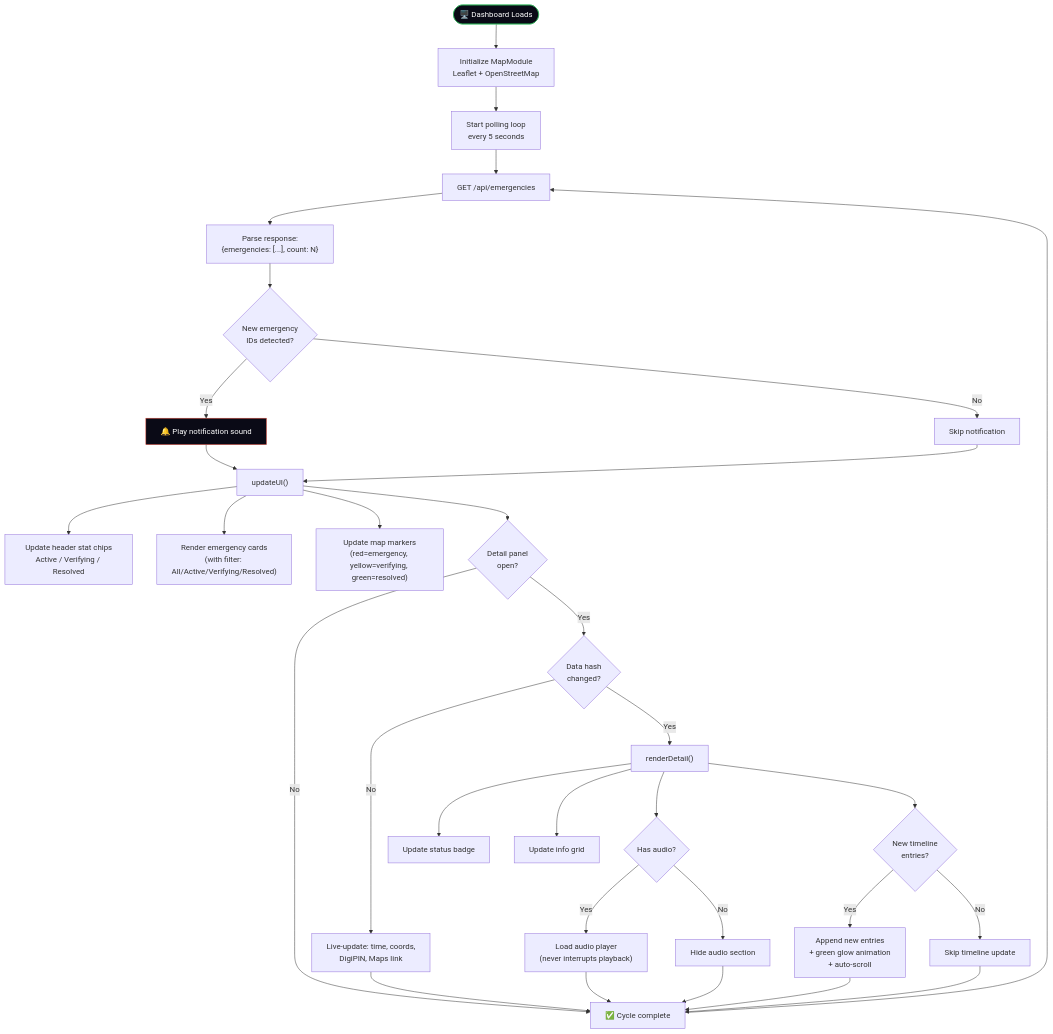
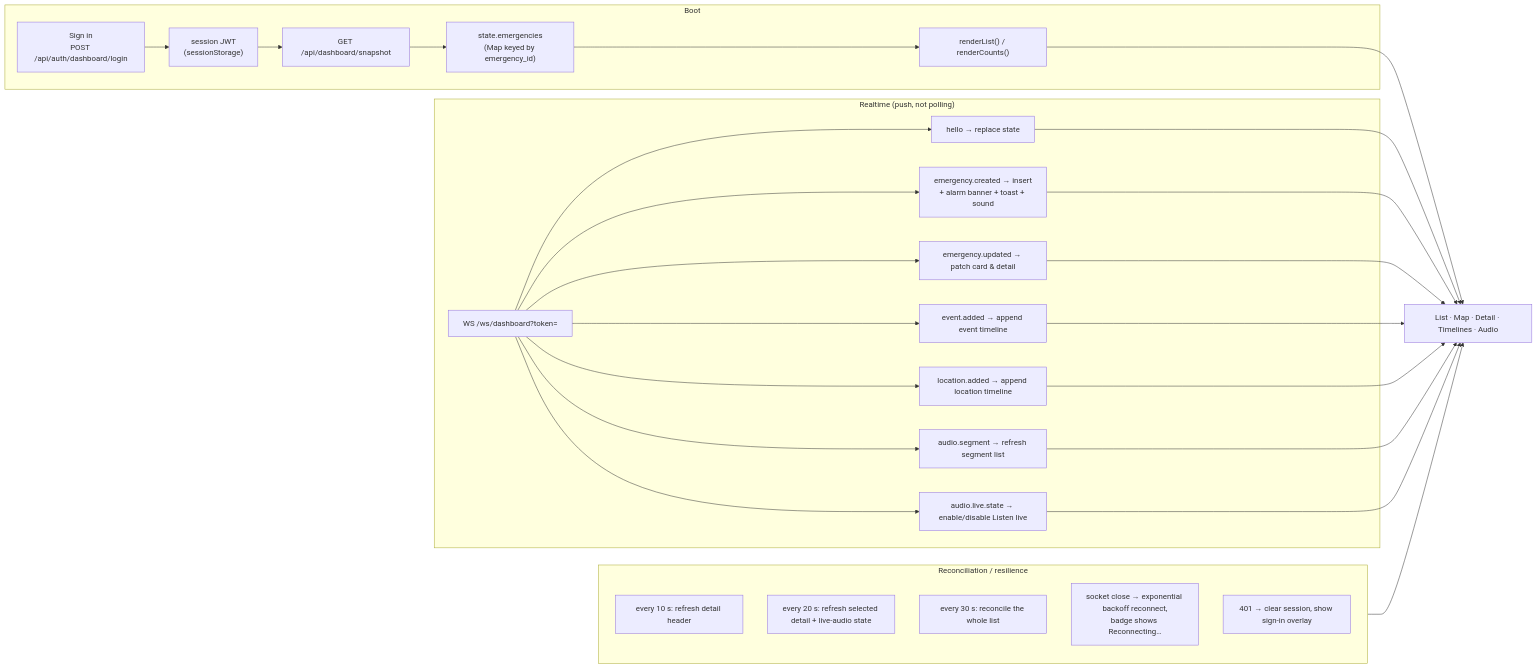
One commit to Ved2151H/zeroUi changed the tenth of 18 diagrams in DIAGRAMS.md. Above: the diagram before and after it, drawn with Mermaid. The commit also changed other lines of this file and 111 other files, not shown here.

````diff
--- a/DIAGRAMS.md
+++ b/DIAGRAMS.md
@@ -276,39 +433,37 @@
 ```mermaid
-flowchart TD
-    BOOT(["🖥️ Dashboard Loads"]) --> INIT["Initialize MapModule<br>Leaflet + OpenStreetMap"]
-    INIT --> POLL_START["Start polling loop<br>every 5 seconds"]
-    POLL_START --> FETCH["GET /api/emergencies"]
-    FETCH --> DATA["Parse response:<br>{emergencies: [...], count: N}"]
-    DATA --> NEW_CHECK{"New emergency<br>IDs detected?"}
-    NEW_CHECK -->|Yes| NOTIFY["🔔 Play notification sound"]
-    NEW_CHECK -->|No| SKIP_NOTIFY["Skip notification"]
-    NOTIFY --> UPDATE
-    SKIP_NOTIFY --> UPDATE
+flowchart LR
+    subgraph BOOT["Boot"]
+        L["Sign in<br>POST /api/auth/dashboard/login"] --> T["session JWT<br>(sessionStorage)"]
+        T --> S["GET /api/dashboard/snapshot"]
+        S --> ST["state.emergencies<br>(Map keyed by emergency_id)"]
+        ST --> REN["renderList() / renderCounts()"]
+    end
 
-    UPDATE["updateUI()"]
-    UPDATE --> COUNTS["Update header stat chips<br>Active / Verifying / Resolved"]
-    UPDATE --> CARDS["Render emergency cards<br>(with filter: All/Active/Verifying/Resolved)"]
-    UPDATE --> MARKERS["Update map markers<br>(red=emergency, yellow=verifying, green=resolved)"]
-    UPDATE --> DETAIL_CHECK{"Detail panel<br>open?"}
-    DETAIL_CHECK -->|No| DONE["✅ Cycle complete"]
-    DETAIL_CHECK -->|Yes| HASH_CHECK{"Data hash<br>changed?"}
-    HASH_CHECK -->|No| LIVE_UPDATE["Live-update: time, coords,<br>DigiPIN, Maps link"]
-    HASH_CHECK -->|Yes| RENDER["renderDetail()"]
-    RENDER --> STATUS_UP["Update status badge"]
-    RENDER --> GRID_UP["Update info grid"]
-    RENDER --> AUDIO_CHECK{"Has audio?"}
-    AUDIO_CHECK -->|Yes| AUDIO_LOAD["Load audio player<br>(never interrupts playback)"]
-    AUDIO_CHECK -->|No| AUDIO_HIDE["Hide audio section"]
-    RENDER --> TL_CHECK{"New timeline<br>entries?"}
-    TL_CHECK -->|Yes| TL_APPEND["Append new entries<br>+ green glow animation<br>+ auto-scroll"]
-    TL_CHECK -->|No| TL_SKIP["Skip timeline update"]
-    LIVE_UPDATE --> DONE
-    TL_APPEND --> DONE
-    TL_SKIP --> DONE
-    AUDIO_LOAD --> DONE
-    AUDIO_HIDE --> DONE
-    DONE --> FETCH
+    subgraph RT["Realtime (push, not polling)"]
+        WS["WS /ws/dashboard?token="] --> HELLO["hello → replace state"]
+        WS --> CR["emergency.created → insert<br>+ alarm banner + toast + sound"]
+        WS --> UP["emergency.updated → patch card & detail"]
+        WS --> EV["event.added → append event timeline"]
+        WS --> LOC["location.added → append location timeline"]
+        WS --> SEG["audio.segment → refresh segment list"]
+        WS --> LA["audio.live.state → enable/disable Listen live"]
+    end
 
-    style BOOT fill:#0a0a16,stroke:#2eb45a,color:#fff
-    style NOTIFY fill:#0a0a16,stroke:#e74c3c,color:#fff
+    subgraph SAFETY["Reconciliation / resilience"]
+        T1["every 10 s: refresh detail header"]
+        T2["every 20 s: refresh selected detail + live-audio state"]
+        T3["every 30 s: reconcile the whole list"]
+        T4["socket close → exponential backoff reconnect,<br>badge shows Reconnecting…"]
+        T5["401 → clear session, show sign-in overlay"]
+    end
+
+    REN --> UI["List · Map · Detail · Timelines · Audio"]
+    HELLO --> UI
+    CR --> UI
+    UP --> UI
+    EV --> UI
+    LOC --> UI
+    SEG --> UI
+    LA --> UI
+    SAFETY --> UI
 ```
````
